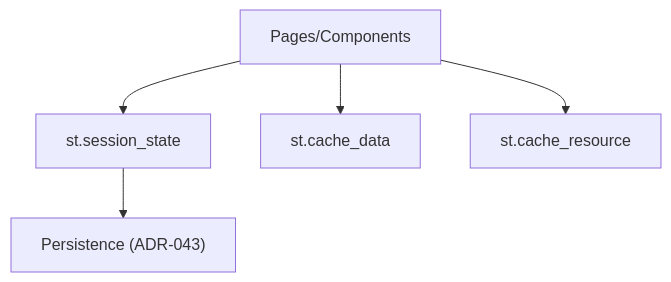
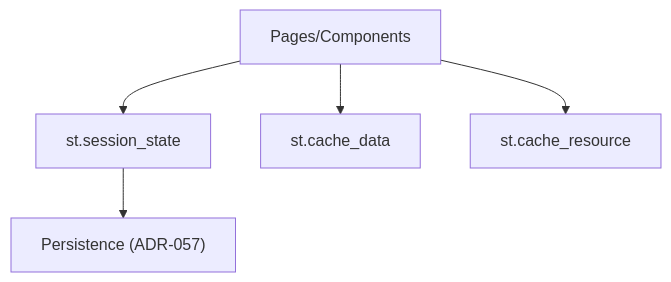
The diagram in docs/developers/adrs/ADR-016-ui-state-management.md (BjornMelin/docmind-ai-llm), drawn with Mermaid before and after one commit. The commit also changed other lines of this file and 5 other files, not shown here.

Commit message:
docs(adrs): finalize chat persistence ADR-057

````diff
--- a/docs/developers/adrs/ADR-016-ui-state-management.md
+++ b/docs/developers/adrs/ADR-016-ui-state-management.md
@@ -49,7 +49,7 @@
 ```mermaid
 graph TD
   UI["Pages/Components"] --> S["st.session_state"]
   UI --> C1["st.cache_data"]
   UI --> C2["st.cache_resource"]
-  S --> P["Persistence (ADR-043)"]
+  S --> P["Persistence (ADR-057)"]
 ```
````
